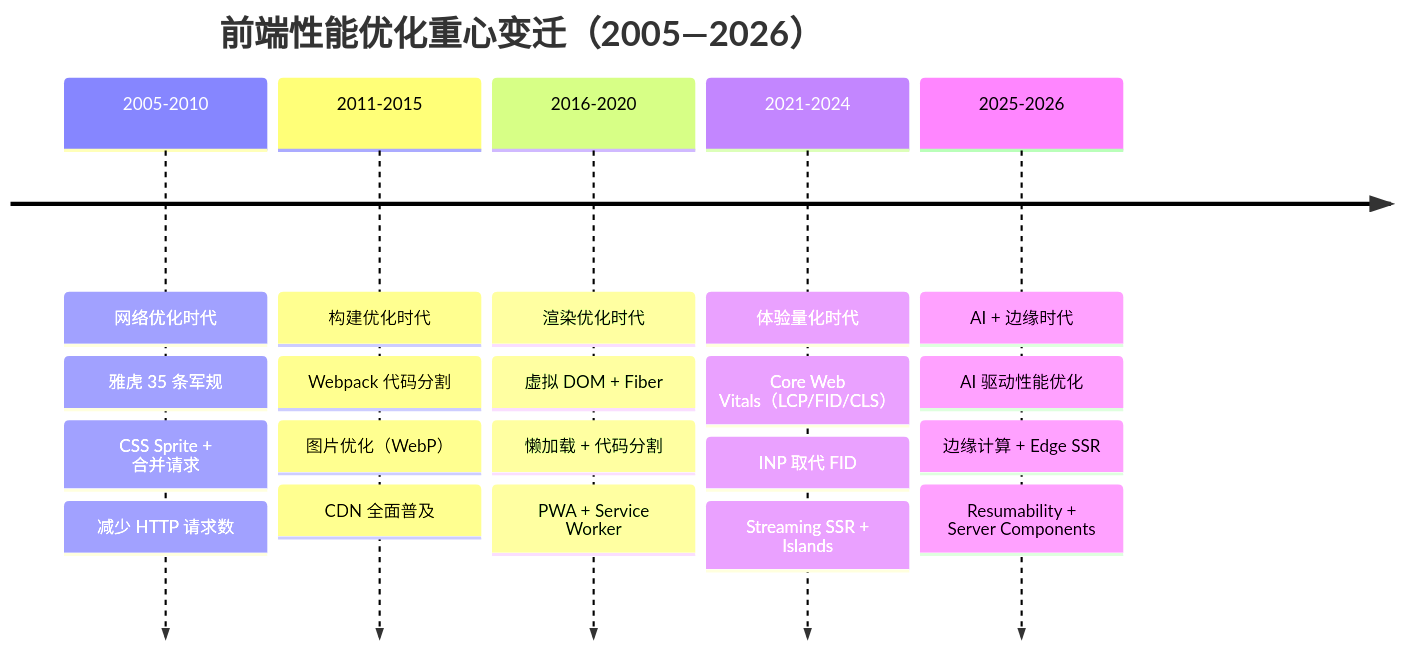
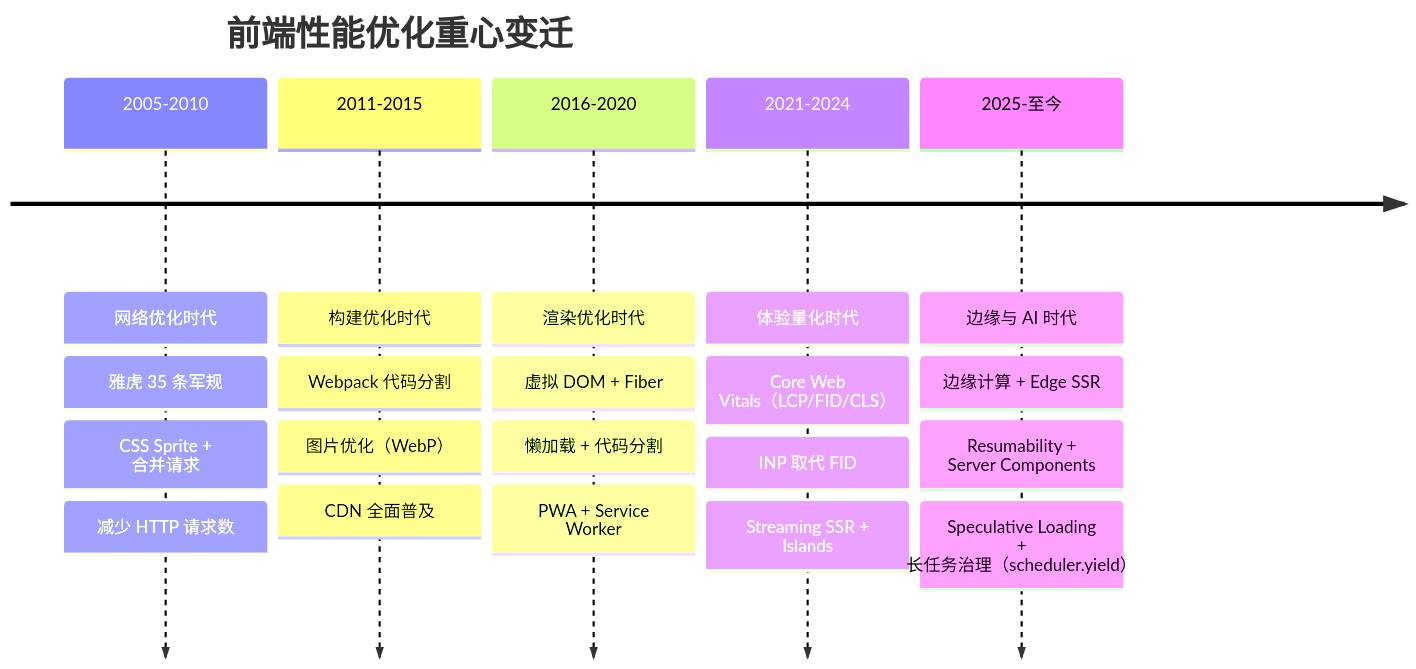
Before and after one commit to KMaybe01/interview-demo: the second of 8 diagrams in docs/S3-进阶提升/02-性能优化.md, drawn with Mermaid. The commit also changed other lines of this file and 7 other files, not shown here.

````diff
--- a/docs/S3-进阶提升/02-性能优化.md
+++ b/docs/S3-进阶提升/02-性能优化.md
@@ -61,24 +61,24 @@
 ```mermaid
 timeline
-    title 前端性能优化重心变迁（2005—2026）
+    title 前端性能优化重心变迁
     2005-2010 : 网络优化时代
               : 雅虎 35 条军规
               : CSS Sprite + 合并请求
               : 减少 HTTP 请求数
     2011-2015 : 构建优化时代
               : Webpack 代码分割
               : 图片优化（WebP）
               : CDN 全面普及
     2016-2020 : 渲染优化时代
               : 虚拟 DOM + Fiber
               : 懒加载 + 代码分割
               : PWA + Service Worker
     2021-2024 : 体验量化时代
               : Core Web Vitals（LCP/FID/CLS）
               : INP 取代 FID
               : Streaming SSR + Islands
-    2025-2026 : AI + 边缘时代
-              : AI 驱动性能优化
+    2025-至今 : 边缘与 AI 时代
               : 边缘计算 + Edge SSR
               : Resumability + Server Components
+              : Speculative Loading + 长任务治理（scheduler.yield）
 ```
````
